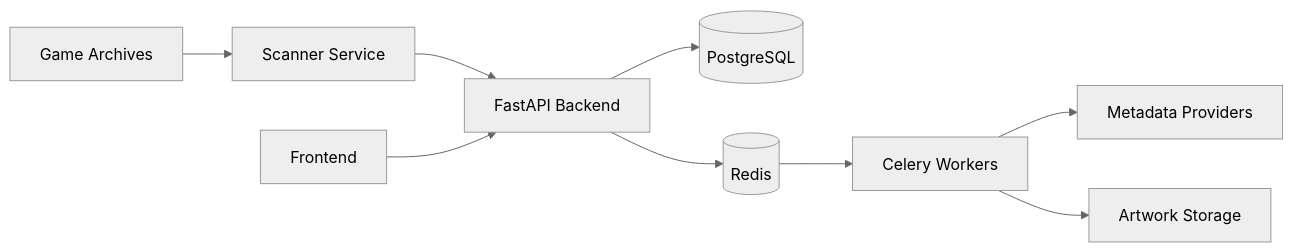
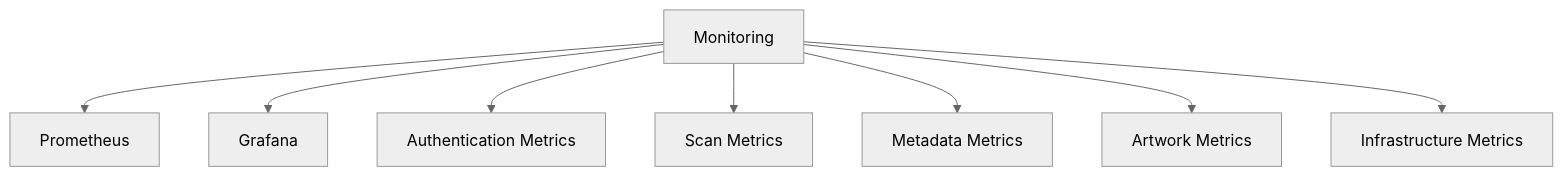
The seventh of 10 diagrams in README.md (InvictusRex/Ludexis), drawn with Mermaid (neutral theme) before and after one commit. The commit also changed other lines of this file, not shown here.

````diff
--- a/README.md
+++ b/README.md
@@ -62,25 +193,13 @@
 ```mermaid
-flowchart LR
+flowchart TB
 
-    A[Game Archives]
-    B[Scanner Service]
-    C[FastAPI Backend]
-    D[(PostgreSQL)]
-    E[(Redis)]
-    F[Celery Workers]
-    G[Metadata Providers]
-    H[Artwork Storage]
-    I[Frontend]
+    A[Monitoring]
 
-    A --> B
-    B --> C
-    C --> D
-
-    C --> E
-    E --> F
-
-    F --> G
-    F --> H
-
-    I --> C
+    A --> B[Prometheus]
+    A --> C[Grafana]
+    A --> D[Authentication Metrics]
+    A --> E[Scan Metrics]
+    A --> F[Metadata Metrics]
+    A --> G[Artwork Metrics]
+    A --> H[Infrastructure Metrics]
 ```
````
